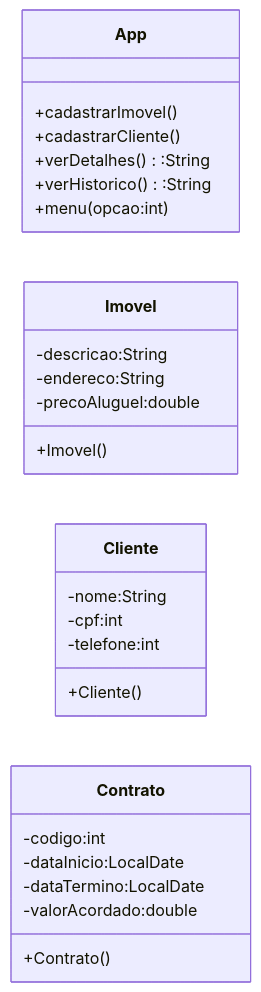
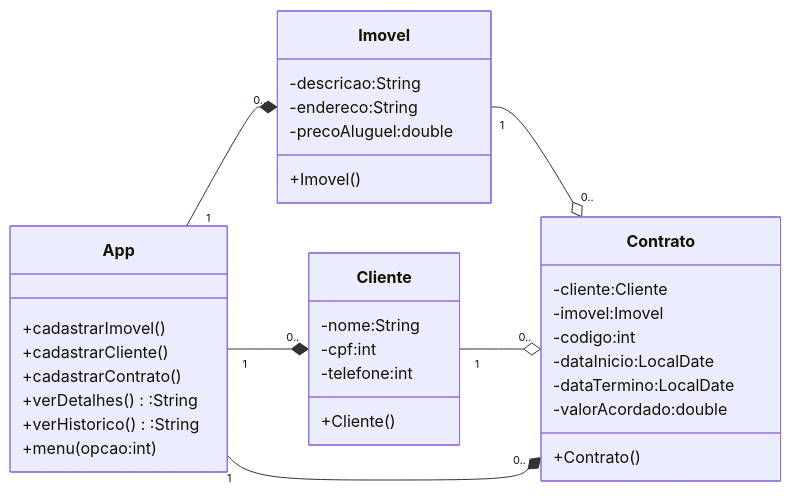
The diagram in Atividade00/questao2/src/main/java/ads/esd/Readme.md (NicolasCardosodaSilva/Estrutura-de-Dados-), drawn with Mermaid before and after one commit. The commit also changed 1 other file, not shown here.

Commit message:
questao 2 feita

````diff
--- a/Atividade00/questao2/src/main/java/ads/esd/Readme.md
+++ b/Atividade00/questao2/src/main/java/ads/esd/Readme.md
@@ -1,36 +1,45 @@
 ```mermaid
 classDiagram
     direction LR
     
     
     class App{
         +cadastrarImovel()
         +cadastrarCliente()
+        +cadastrarContrato()
         +verDetalhes():String
         +verHistorico():String
         +menu(opcao:int)
     }
     
     class Imovel{
         -descricao:String
         -endereco:String
         -precoAluguel:double
         +Imovel()
     }
     
     class Cliente{
         -nome:String
         -cpf:int
         -telefone:int
         +Cliente()
     }
     
     class Contrato{
+        -cliente:Cliente
+        -imovel:Imovel
         -codigo:int
         -dataInicio:LocalDate
         -dataTermino:LocalDate
         -valorAcordado:double
         +Contrato()
     }
 
+
+    Imovel "1" --o "0.." Contrato
+    Cliente "1" --o "0.." Contrato
+    App "1" --* "0.." Contrato
+    App "1" --* "0.." Imovel
+    App "1" --* "0.." Cliente
 ```
````
